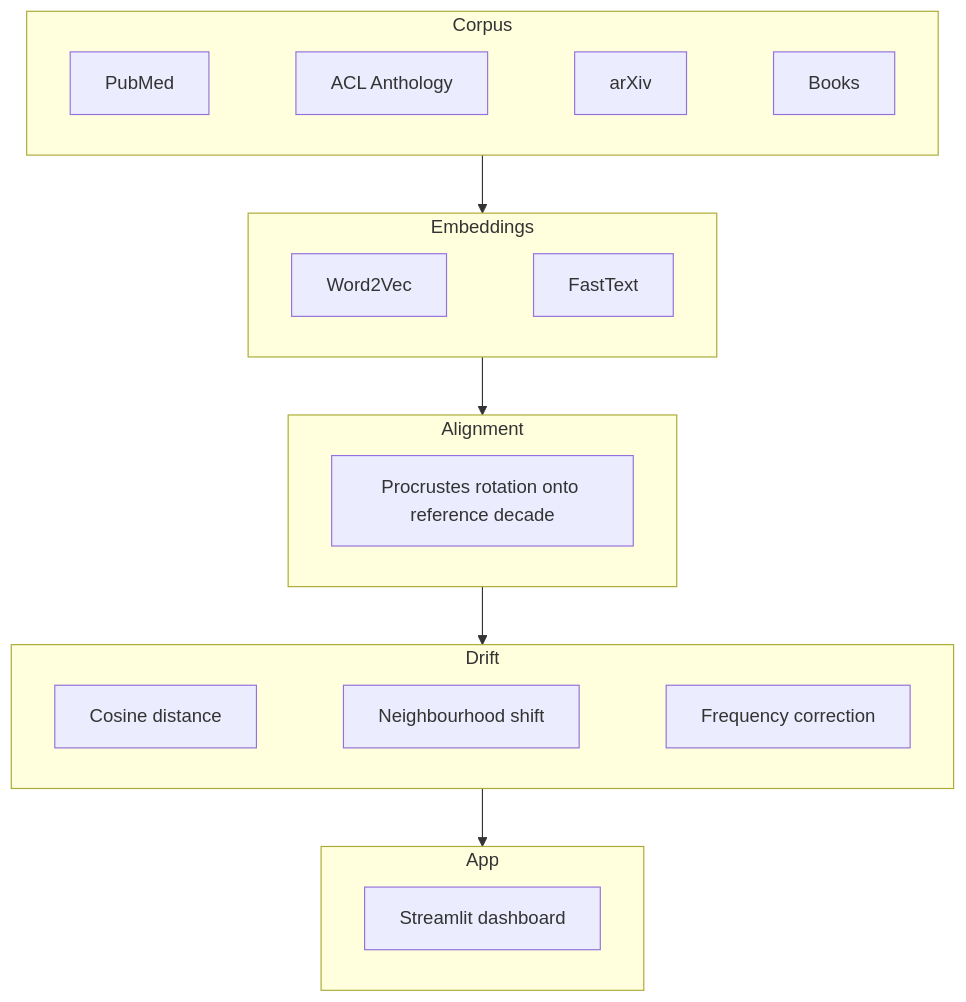
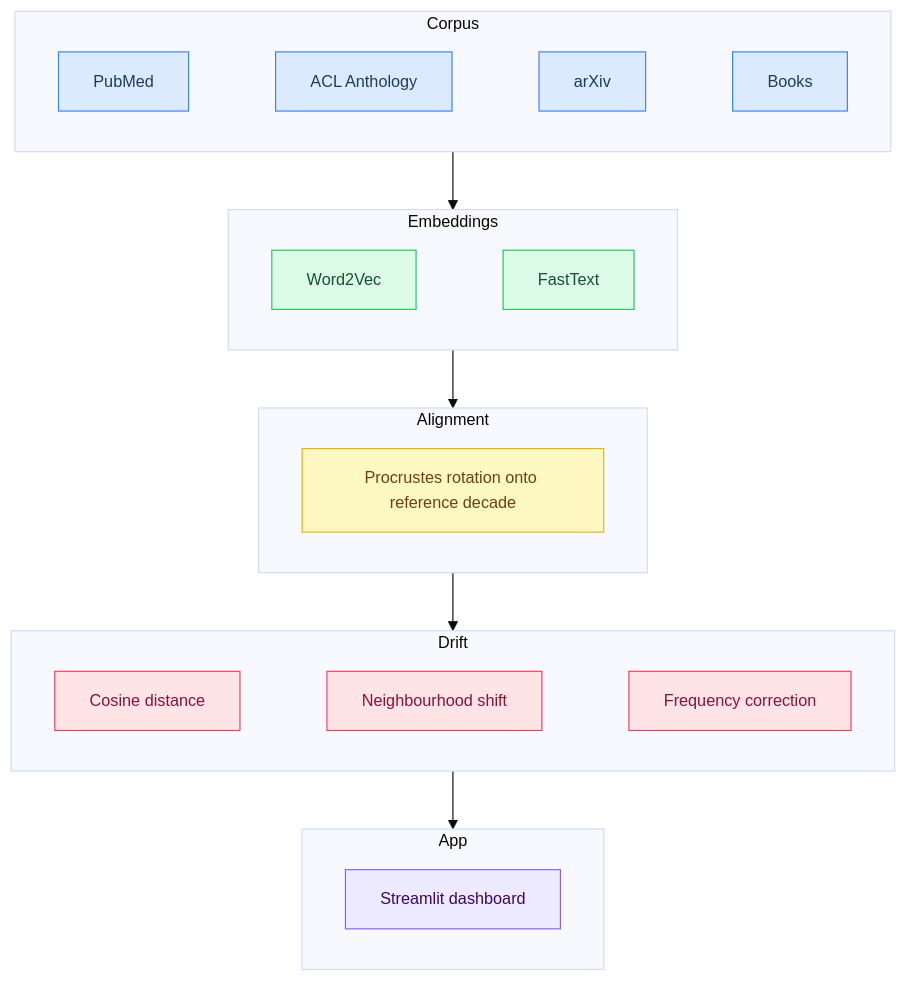
One commit to Dovalization/interpretant changed the diagram in README.md. Above: the diagram before and after it, drawn with Mermaid.

Commit message:
docs(readme): style Mermaid diagram with per-stage colors

````diff
--- a/README.md
+++ b/README.md
@@ -52,29 +52,42 @@
 ```mermaid
+%%{init: {'theme': 'base', 'themeVariables': {'fontSize': '14px'}}}%%
 flowchart TD
+    classDef corpus  fill:#dbeafe,stroke:#3b82f6,color:#1e3a5f
+    classDef embed   fill:#dcfce7,stroke:#22c55e,color:#14532d
+    classDef align   fill:#fef9c3,stroke:#eab308,color:#713f12
+    classDef drift   fill:#ffe4e6,stroke:#f43f5e,color:#881337
+    classDef app     fill:#ede9fe,stroke:#8b5cf6,color:#3b0764
+
     subgraph corpus["Corpus"]
         direction LR
         C1[PubMed] ~~~ C2[ACL Anthology] ~~~ C3[arXiv] ~~~ C4[Books]
     end
 
     subgraph embed["Embeddings"]
         direction LR
         E1[Word2Vec] ~~~ E2[FastText]
     end
 
     subgraph align["Alignment"]
         direction LR
         A1[Procrustes rotation onto reference decade]
     end
 
     subgraph drift["Drift"]
         direction LR
         D1[Cosine distance] ~~~ D2[Neighbourhood shift] ~~~ D3[Frequency correction]
     end
 
     subgraph app["App"]
         direction LR
         P1[Streamlit dashboard]
     end
 
     corpus --> embed --> align --> drift --> app
+
+    class C1,C2,C3,C4 corpus
+    class E1,E2 embed
+    class A1 align
+    class D1,D2,D3 drift
+    class P1 app
 ```
````
